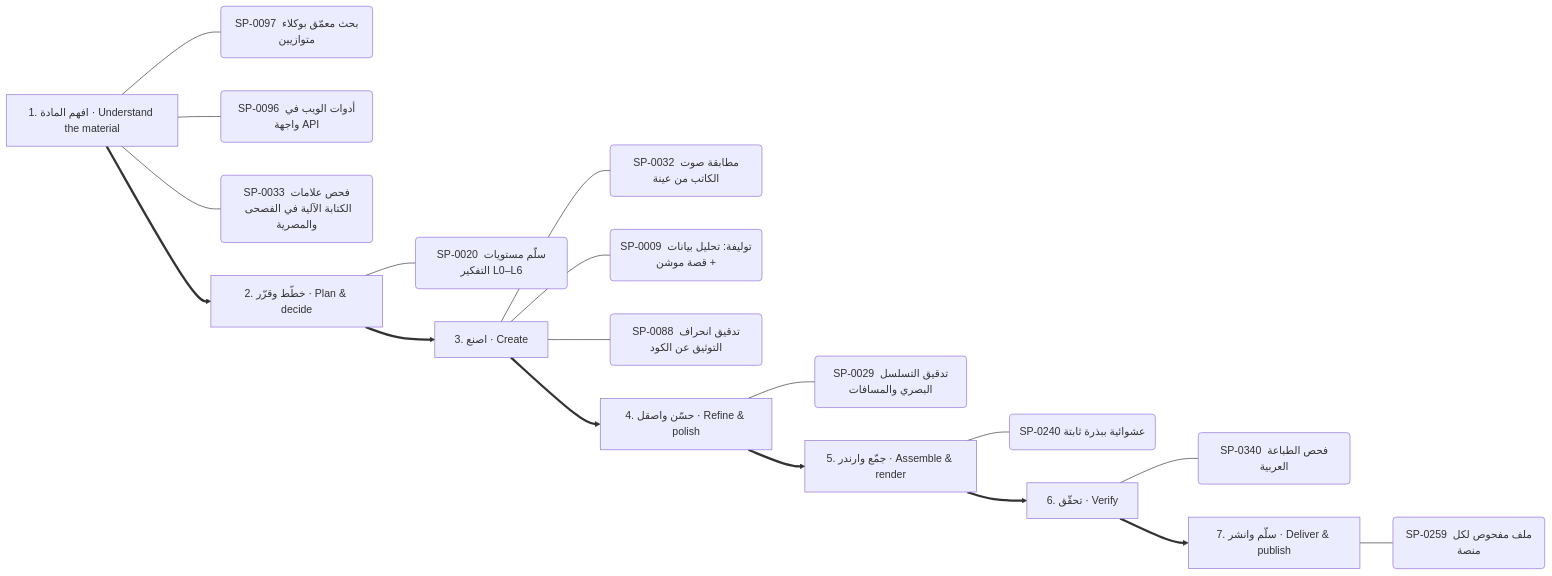
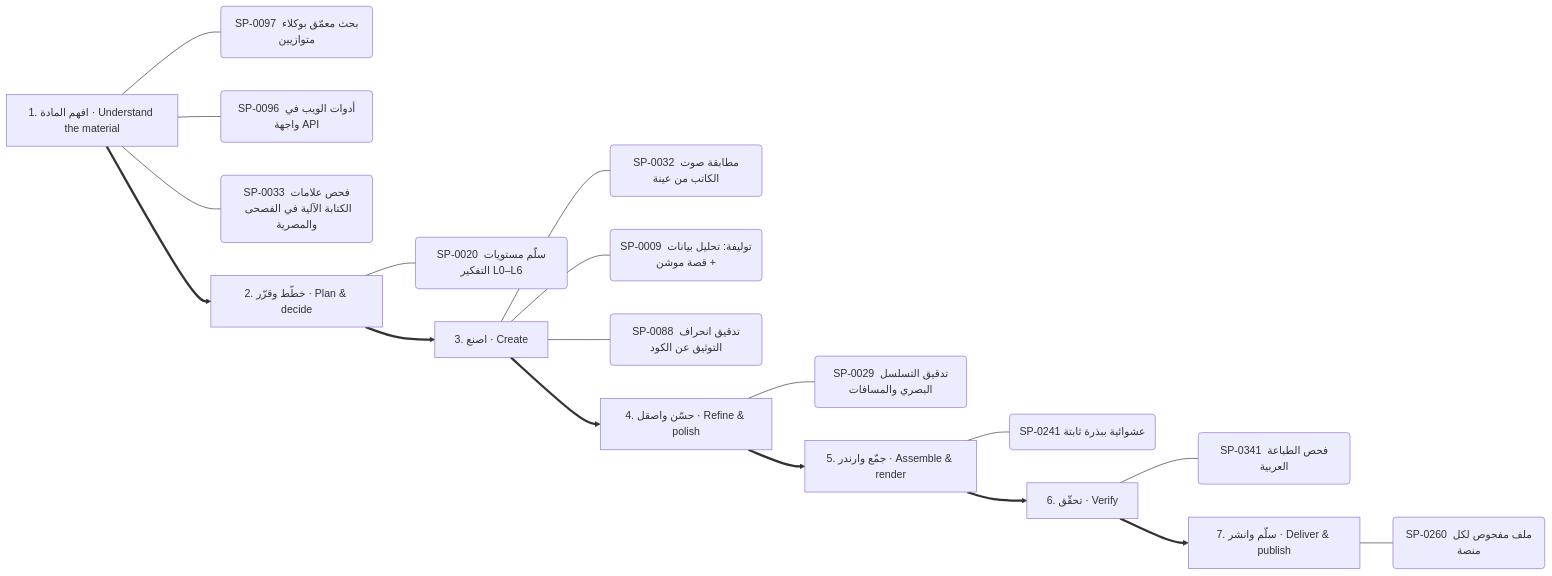
One commit to kosif199022-jpg/kosif-tool changed diagram 13 of 13 in .claude/skills/kosif-superpowers/references/capability-mindmap.md. Above: the diagram before and after it, drawn with Mermaid. The commit also changed other lines of this file and 36 other files, not shown here.

````diff
--- a/.claude/skills/kosif-superpowers/references/capability-mindmap.md
+++ b/.claude/skills/kosif-superpowers/references/capability-mindmap.md
@@ -632,27 +634,27 @@
 ```mermaid
 flowchart LR
   S0["1. افهم المادة · Understand the material"]
   S0 --- S0_0("SP-0097 بحث معمّق بوكلاء متوازيين")
   S0 --- S0_1("SP-0096 أدوات الويب في واجهة API")
   S0 --- S0_2("SP-0033 فحص علامات الكتابة الآلية في الفصحى والمصرية")
   S1["2. خطّط وقرّر · Plan & decide"]
   S1 --- S1_0("SP-0020 سلّم مستويات التفكير L0–L6")
   S0 ==> S1
   S2["3. اصنع · Create"]
   S2 --- S2_0("SP-0032 مطابقة صوت الكاتب من عينة")
   S2 --- S2_1("SP-0009 توليفة: تحليل بيانات + قصة موشن")
   S2 --- S2_2("SP-0088 تدقيق انحراف التوثيق عن الكود")
   S1 ==> S2
   S3["4. حسّن واصقل · Refine & polish"]
   S3 --- S3_0("SP-0029 تدقيق التسلسل البصري والمسافات")
   S2 ==> S3
   S4["5. جمّع وارندر · Assemble & render"]
-  S4 --- S4_0("SP-0240 عشوائية ببذرة ثابتة")
+  S4 --- S4_0("SP-0241 عشوائية ببذرة ثابتة")
   S3 ==> S4
   S5["6. تحقّق · Verify"]
-  S5 --- S5_0("SP-0340 فحص الطباعة العربية")
+  S5 --- S5_0("SP-0341 فحص الطباعة العربية")
   S4 ==> S5
   S6["7. سلّم وانشر · Deliver & publish"]
-  S6 --- S6_0("SP-0259 ملف مفحوص لكل منصة")
+  S6 --- S6_0("SP-0260 ملف مفحوص لكل منصة")
   S5 ==> S6
 ```
````
